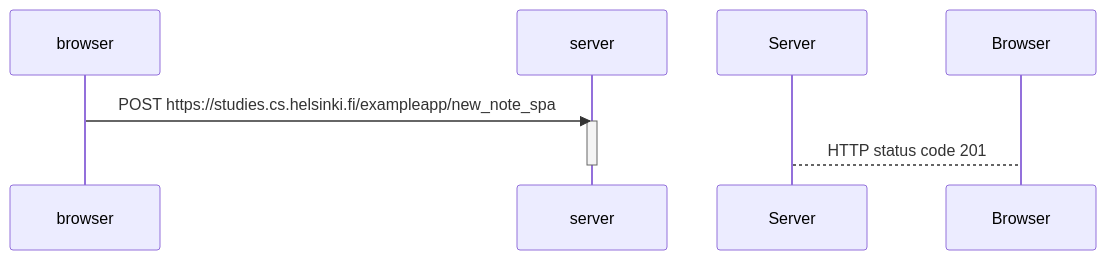
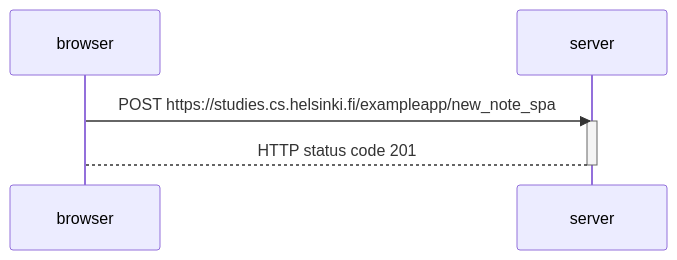
One commit to maslan35/part0 changed the diagram in 0.6.md. Above: the diagram before and after it, drawn with Mermaid.

````diff
--- a/0.6.md
+++ b/0.6.md
@@ -1,10 +1,10 @@
 ```mermaid
 sequenceDiagram
     participant browser
     participant server
 
     browser->>server: POST https://studies.cs.helsinki.fi/exampleapp/new_note_spa
     activate server
-    Server-->Browser: HTTP status code 201
+    server-->browser: HTTP status code 201
     deactivate server
 ```
````
